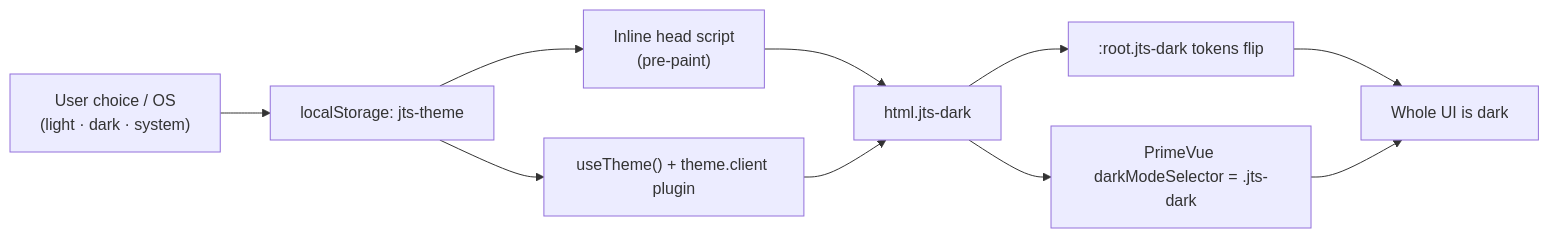
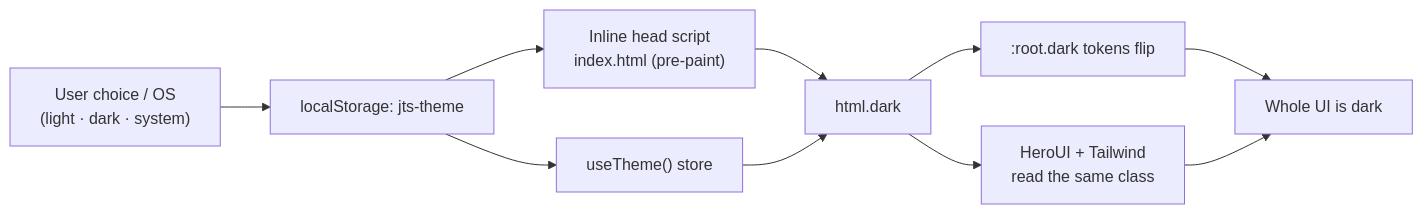
The diagram in docs/frontend/theming.md (johnakisk0700/slopform), drawn with Mermaid before and after one commit. The commit also changed other lines of this file and 96 other files, not shown here.

First line of the commit message:
feat: replace the Nuxt admin with a React, HeroUI and Tailwind SPA

````diff
--- a/docs/frontend/theming.md
+++ b/docs/frontend/theming.md
@@ -63,12 +67,12 @@
 ```mermaid
 flowchart LR
   pref["User choice / OS<br/>(light · dark · system)"] --> store["localStorage: jts-theme"]
-  store --> script["Inline head script<br/>(pre-paint)"]
-  store --> compose["useTheme() + theme.client plugin"]
-  script --> cls["html.jts-dark"]
-  compose --> cls
-  cls --> tokens[":root.jts-dark tokens flip"]
-  cls --> prime["PrimeVue darkModeSelector = .jts-dark"]
+  store --> script["Inline head script<br/>index.html (pre-paint)"]
+  store --> hook["useTheme() store"]
+  script --> cls["html.dark"]
+  hook --> cls
+  cls --> tokens[":root.dark tokens flip"]
+  cls --> heroui["HeroUI + Tailwind<br/>read the same class"]
   tokens --> ui["Whole UI is dark"]
-  prime --> ui
+  heroui --> ui
 ```
````
